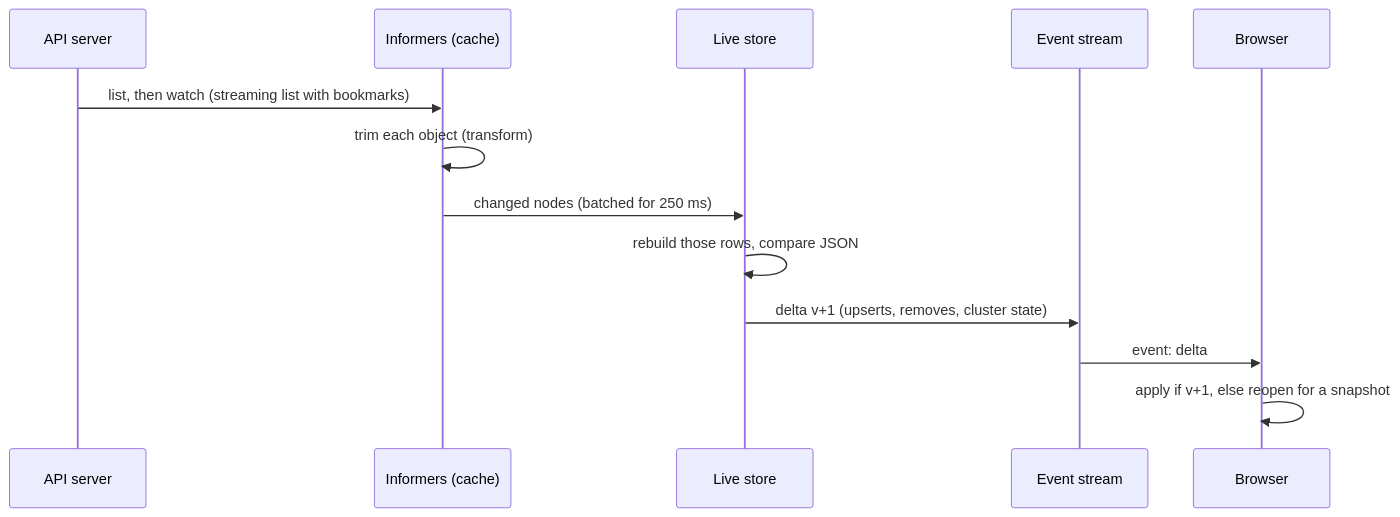
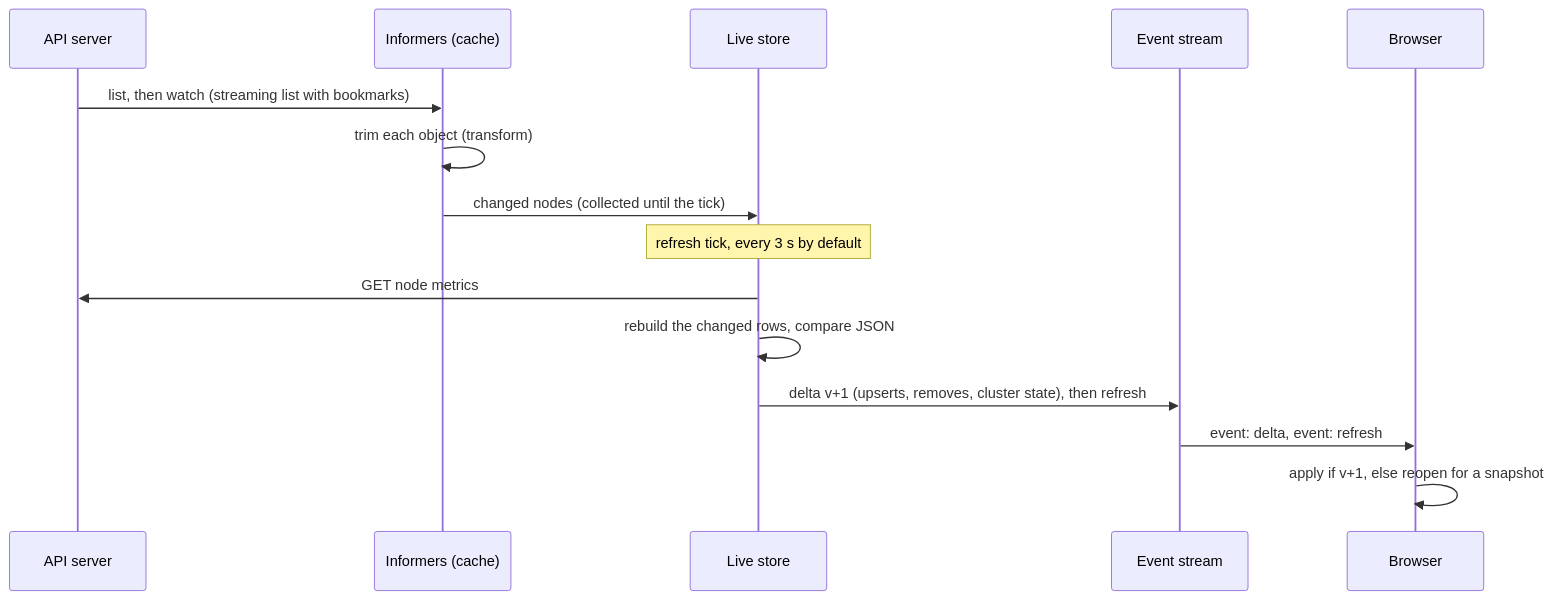
One commit to ucesys/221b changed the second of 2 diagrams in docs/architecture.md. Above: the diagram before and after it, drawn with Mermaid. The commit also changed other lines of this file and 59 other files, not shown here.

````diff
--- a/docs/architecture.md
+++ b/docs/architecture.md
@@ -42,15 +44,17 @@
 ```mermaid
 sequenceDiagram
   participant K as API server
   participant I as Informers (cache)
   participant S as Live store
   participant H as Event stream
   participant B as Browser
   K->>I: list, then watch (streaming list with bookmarks)
   I->>I: trim each object (transform)
-  I->>S: changed nodes (batched for 250 ms)
-  S->>S: rebuild those rows, compare JSON
-  S->>H: delta v+1 (upserts, removes, cluster state)
-  H->>B: event: delta
+  I->>S: changed nodes (collected until the tick)
+  Note over S: refresh tick, every 3 s by default
+  S->>K: GET node metrics
+  S->>S: rebuild the changed rows, compare JSON
+  S->>H: delta v+1 (upserts, removes, cluster state), then refresh
+  H->>B: event: delta, event: refresh
   B->>B: apply if v+1, else reopen for a snapshot
 ```
````
